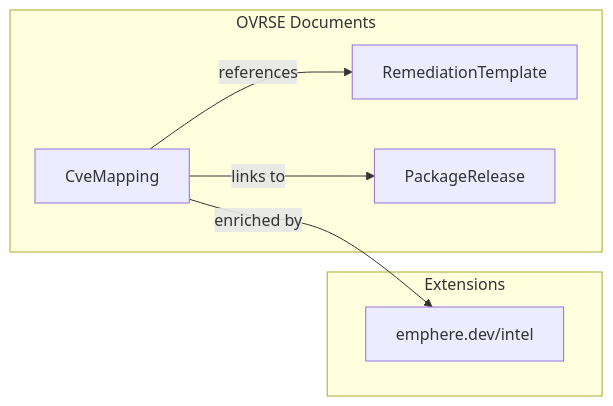
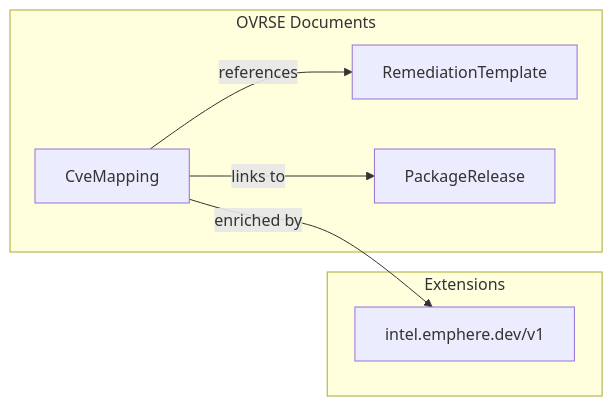
The second of 5 diagrams in spec/SPEC.md (emphereio/ovrse), drawn with Mermaid before and after one commit. The commit also changed other lines of this file and 7 other files, not shown here.

Commit message:
feat: add apiVersion/kind fields and JSON schemas (#4)

````diff
--- a/spec/SPEC.md
+++ b/spec/SPEC.md
@@ -63,16 +63,16 @@
 ```mermaid
 flowchart LR
     subgraph Documents["OVRSE Documents"]
         T[RemediationTemplate]
         M[CveMapping]
         R[PackageRelease]
     end
 
     subgraph Extensions["Extensions"]
-        I[emphere.dev/intel]
+        I[intel.emphere.dev/v1]
     end
 
     M -->|references| T
     M -->|links to| R
     M -->|enriched by| I
 ```
````
